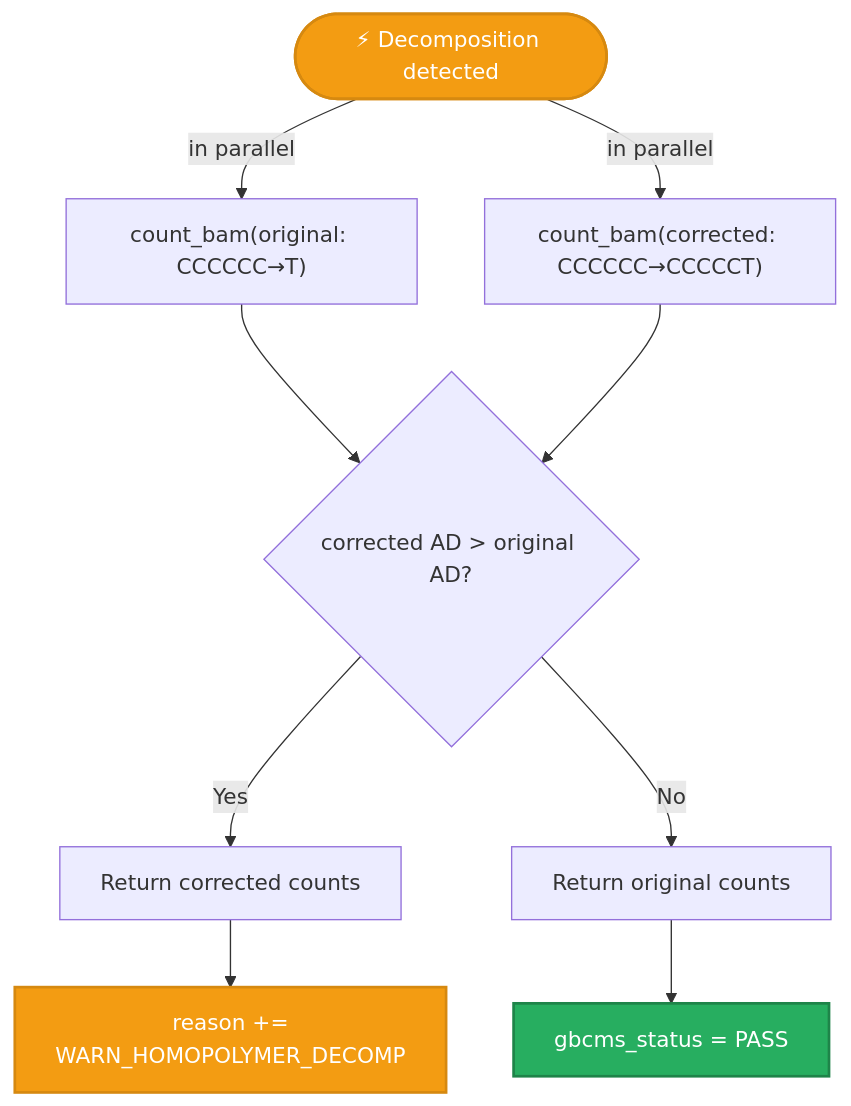
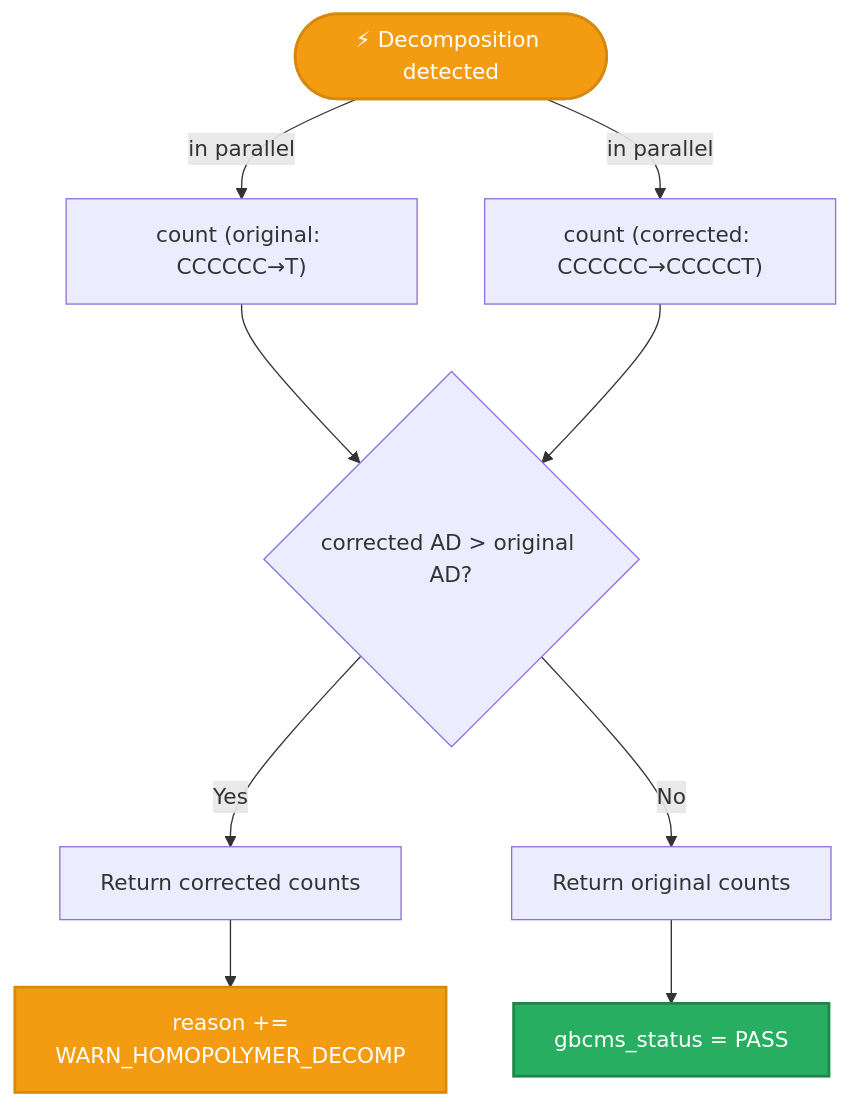
The fifth of 5 diagrams in docs/reference/variant-normalization.md (msk-access/gbcms), drawn with Mermaid before and after one commit. The commit also changed 18 other files, not shown here.

````diff
--- a/docs/reference/variant-normalization.md
+++ b/docs/reference/variant-normalization.md
@@ -237,19 +237,19 @@
 ```mermaid
 flowchart TD
     Input(["⚡ Decomposition detected"]):::warn
     Input -->|"in parallel"| CountOrig
     Input -->|"in parallel"| CountDecomp
 
-    CountOrig["count_bam(original: CCCCCC→T)"]
-    CountDecomp["count_bam(corrected: CCCCCC→CCCCCT)"]
+    CountOrig["count (original: CCCCCC→T)"]
+    CountDecomp["count (corrected: CCCCCC→CCCCCT)"]
 
     CountOrig --> Compare
     CountDecomp --> Compare
     Compare{"corrected AD > original AD?"}
 
     Compare -->|"Yes"| UseDecomp["Return corrected counts"] --> FlagWarn["reason +=\nWARN_HOMOPOLYMER_DECOMP"]:::warn
     Compare -->|"No"| UseOrig["Return original counts"] --> FlagPass["gbcms_status = PASS"]:::pass
 
     classDef warn fill:#f39c12,color:#fff,stroke:#d68910,stroke-width:2px;
     classDef pass fill:#27ae60,color:#fff,stroke:#1e8449,stroke-width:2px;
 ```
````
